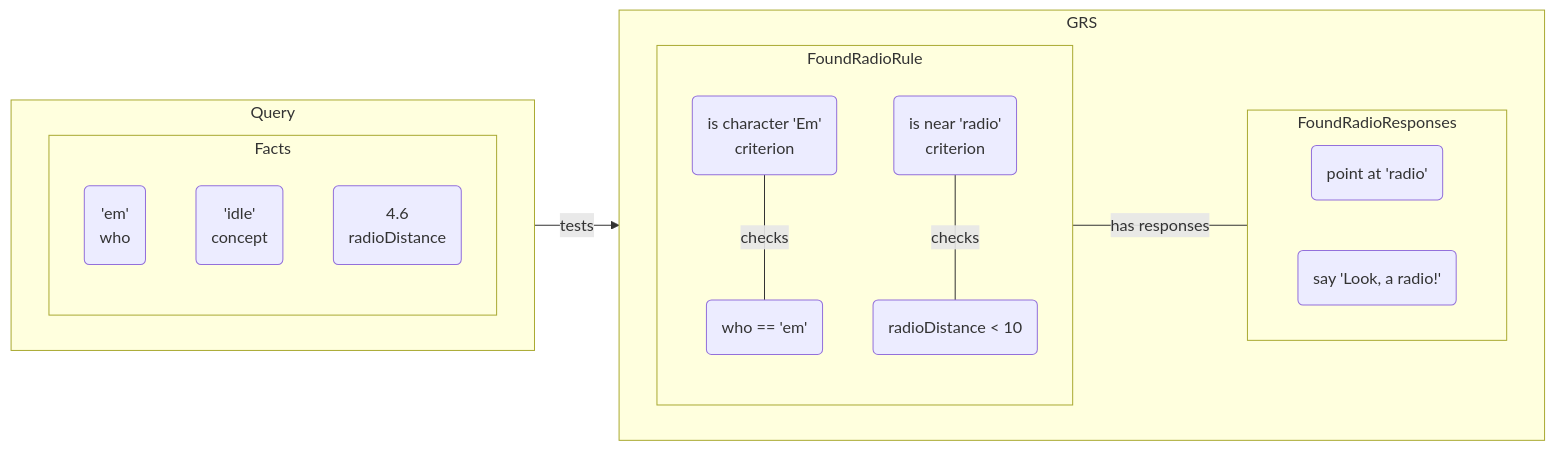
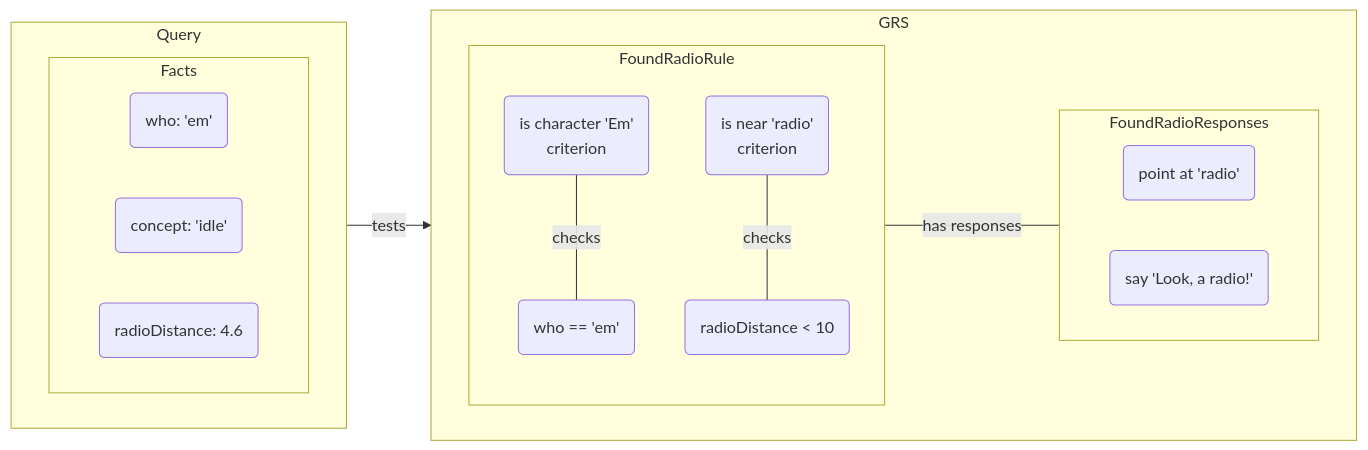
The first of 3 diagrams in README.md (DanielOaks/GodotResponseSystem), drawn with Mermaid before and after one commit.

Commit message:
Refine diagram some more

````diff
--- a/README.md
+++ b/README.md
@@ -28,26 +28,27 @@
 ```mermaid
 flowchart LR
     subgraph Query
         direction LR
         subgraph Facts
-            WhoFact('em'<br>who)
-            ConceptFact('idle'<br>concept)
-            RadioDistanceFact(4.6<br>radioDistance)
+        direction LR
+            WhoFact(who: 'em')
+            ConceptFact(concept: 'idle')
+            RadioDistanceFact(radioDistance: 4.6)
         end
     end
 	Query -->|tests| FoundRadioRule
 	subgraph GRS
         direction LR
 		subgraph FoundRadioRule
 			Criterion1(is character 'Em'<br>criterion) ---|checks| Fact1(who == 'em')
 			Criterion2(is near 'radio'<br>criterion) ---|checks| Fact2(radioDistance < 10)
 		end
 		subgraph FoundRadioResponses
 			direction LR
 			Response1(point at 'radio')
 			Response2(say 'Look, a radio!')
 		end
 
 		FoundRadioRule ---|has responses| FoundRadioResponses
 	end
 ```
````
